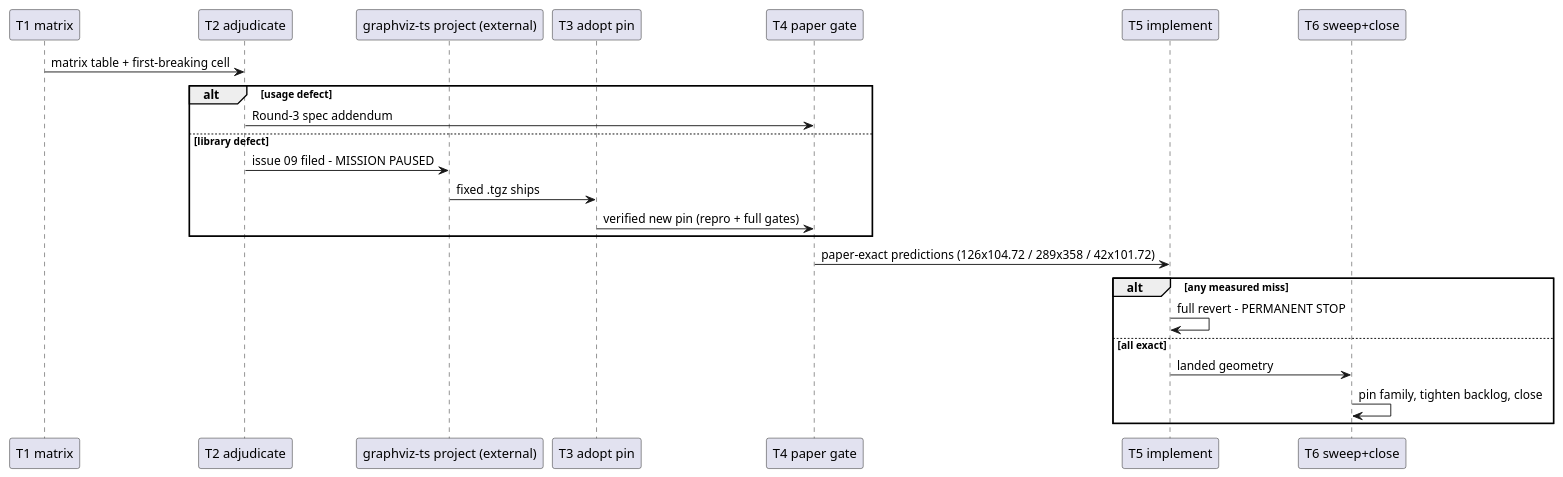
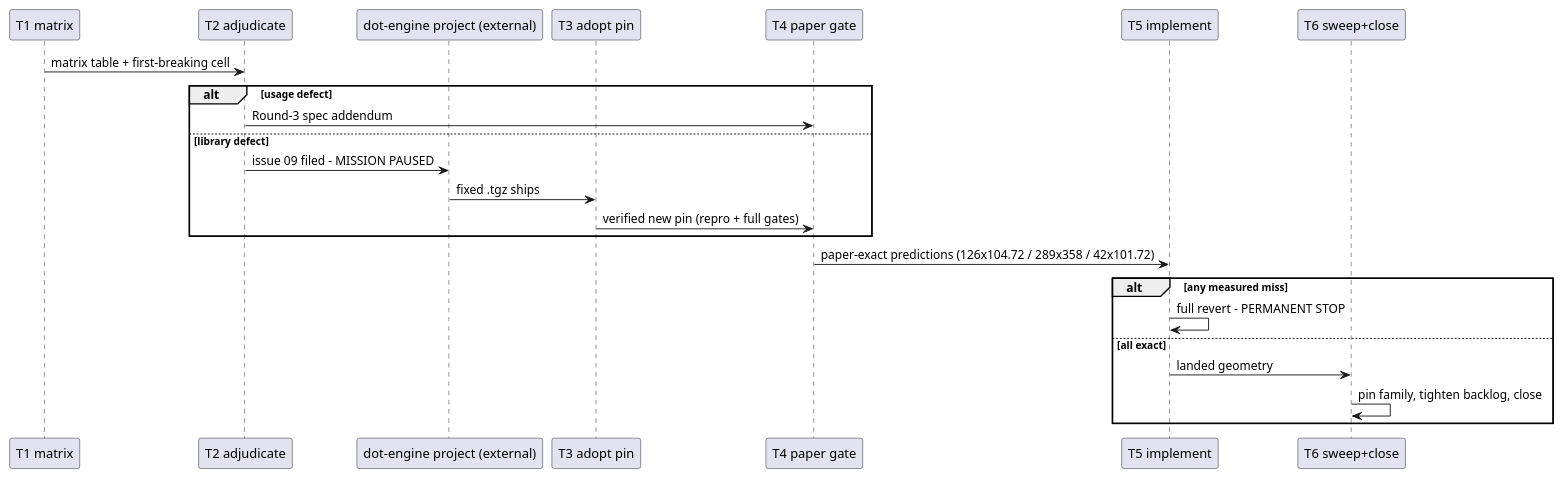
One commit to knowvah/plantuml-ts changed the diagram in plans/g7-borderpoint-rank/diagrams/data-flow.md. Above: the diagram before and after it, drawn with PlantUML. The commit also changed 111 other files, not shown here.

First line of the commit message:
docs: call the layout engine dot-engine throughout

````diff
--- a/plans/g7-borderpoint-rank/diagrams/data-flow.md
+++ b/plans/g7-borderpoint-rank/diagrams/data-flow.md
@@ -3,26 +3,26 @@
 ```plantuml
 @startuml
 participant "T1 matrix" as T1
 participant "T2 adjudicate" as T2
-participant "graphviz-ts project (external)" as EXT
+participant "dot-engine project (external)" as EXT
 participant "T3 adopt pin" as T3
 participant "T4 paper gate" as T4
 participant "T5 implement" as T5
 participant "T6 sweep+close" as T6
 T1 -> T2 : matrix table + first-breaking cell
 alt usage defect
   T2 -> T4 : Round-3 spec addendum
 else library defect
   T2 -> EXT : issue 09 filed - MISSION PAUSED
   EXT -> T3 : fixed .tgz ships
   T3 -> T4 : verified new pin (repro + full gates)
 end
 T4 -> T5 : paper-exact predictions (126x104.72 / 289x358 / 42x101.72)
 alt any measured miss
   T5 -> T5 : full revert - PERMANENT STOP
 else all exact
   T5 -> T6 : landed geometry
   T6 -> T6 : pin family, tighten backlog, close
 end
 @enduml
 ```
````
